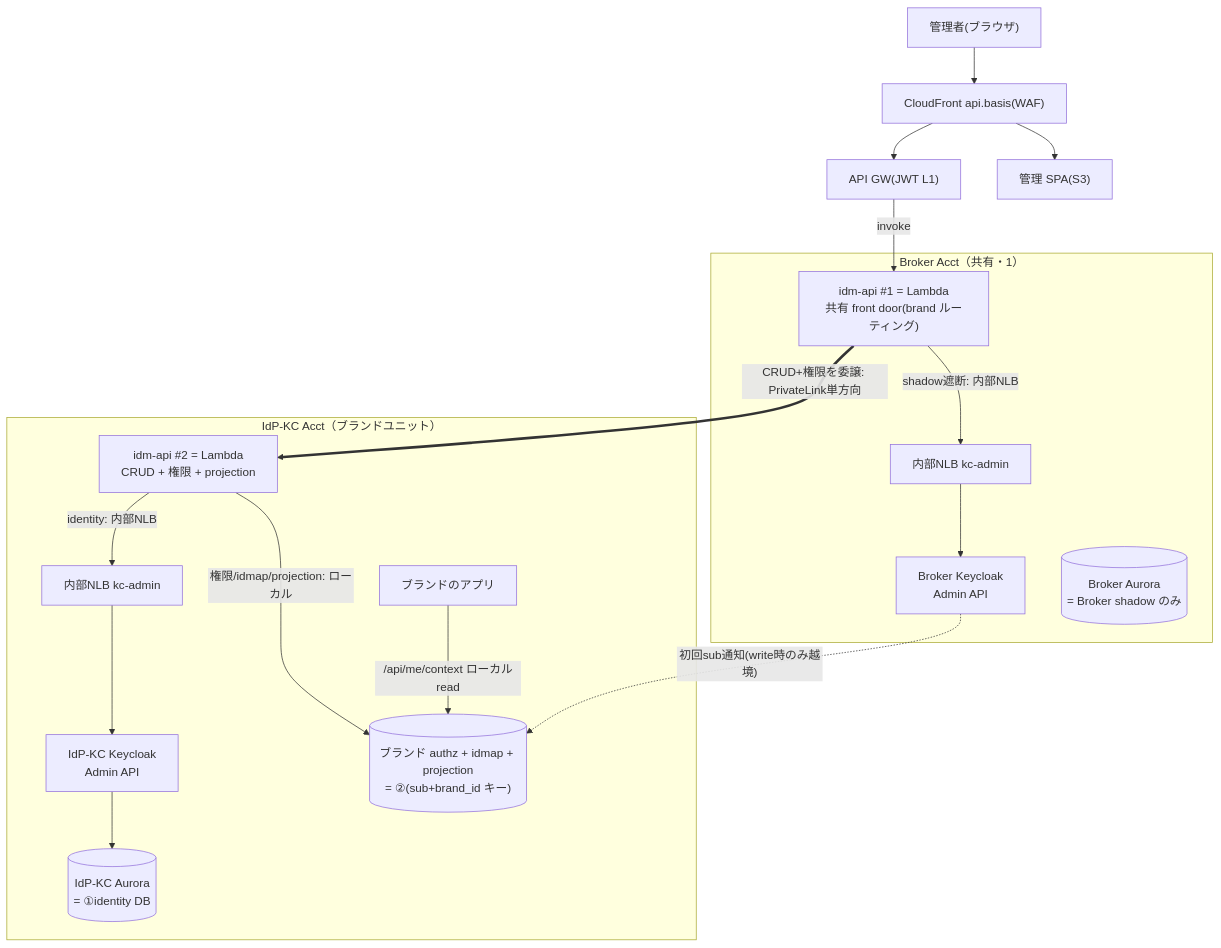
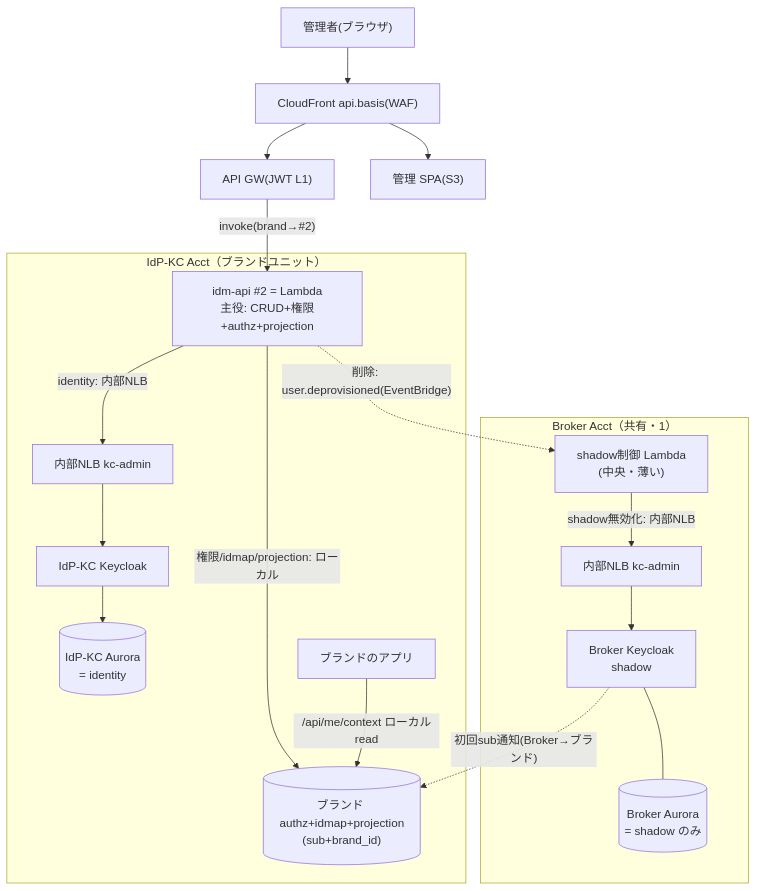
The first of 5 diagrams in doc/basic-design/research/control-plane-crud-authz-flows-notes.md (suepie/aws-atuh-poc), drawn with Mermaid before and after one commit. The commit also changed other lines of this file, not shown here.

First line of the commit message:
基本設計: control-plane 構成図・フローをブランド主役モデルに整合

````diff
--- a/doc/basic-design/research/control-plane-crud-authz-flows-notes.md
+++ b/doc/basic-design/research/control-plane-crud-authz-flows-notes.md
@@ -44,34 +46,35 @@
 ```mermaid
 flowchart TB
     ADM["管理者(ブラウザ)"]
     CF["CloudFront api.basis(WAF)"]
     GW["API GW(JWT L1)"]
     SPA["管理 SPA(S3)"]
 
     subgraph B["Broker Acct（共有・1）"]
-        API1["idm-api #1 = Lambda<br/>共有 front door(brand ルーティング)"]
+        SHC["shadow制御 Lambda<br/>(中央・薄い)"]
         NLBB["内部NLB kc-admin"]
-        BKC["Broker Keycloak<br/>Admin API"]
-        BDB[("Broker Aurora<br/>= Broker shadow のみ")]
+        BKC["Broker Keycloak<br/>shadow"]
+        BDB[("Broker Aurora<br/>= shadow のみ")]
     end
 
     subgraph I["IdP-KC Acct（ブランドユニット）"]
-        API2["idm-api #2 = Lambda<br/>CRUD + 権限 + projection"]
+        API2["idm-api #2 = Lambda<br/>主役: CRUD+権限+authz+projection"]
         NLBI["内部NLB kc-admin"]
-        IKC["IdP-KC Keycloak<br/>Admin API"]
-        IDB[("IdP-KC Aurora<br/>= ①identity DB")]
-        BAZ[("ブランド authz + idmap + projection<br/>= ②(sub+brand_id キー)")]
+        IKC["IdP-KC Keycloak"]
+        IDB[("IdP-KC Aurora<br/>= identity")]
+        BAZ[("ブランド authz+idmap+projection<br/>(sub+brand_id)")]
         BAPP["ブランドのアプリ"]
     end
 
     ADM --> CF
     CF --> SPA
-    CF --> GW -->|"invoke"| API1
-    API1 -->|"shadow遮断: 内部NLB"| NLBB --> BKC
-    API1 ==>|"CRUD+権限を委譲: PrivateLink単方向"| API2
+    CF --> GW -->|"invoke(brand→#2)"| API2
     API2 -->|"identity: 内部NLB"| NLBI --> IKC
     IKC --> IDB
     API2 -->|"権限/idmap/projection: ローカル"| BAZ
     BAPP -->|"/api/me/context ローカルread"| BAZ
-    BKC -.->|"初回sub通知(write時のみ越境)"| BAZ
+    API2 -.->|"削除: user.deprovisioned(EventBridge)"| SHC
+    SHC -->|"shadow無効化: 内部NLB"| NLBB --> BKC
+    BKC --- BDB
+    BKC -.->|"初回sub通知(Broker→ブランド)"| BAZ
 ```
````
